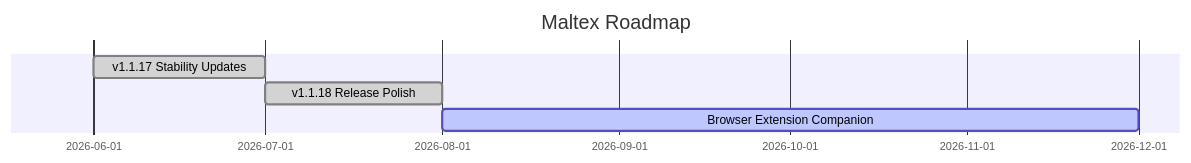
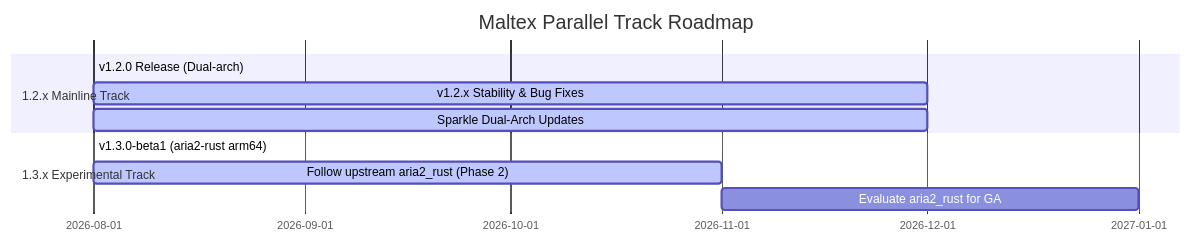
The diagram in brain/roadmap.md (SteveShi/Maltex), drawn with Mermaid before and after one commit. The commit also changed other lines of this file and 6 other files, not shown here.

Commit message:
docs: consolidate project knowledge into Brain, establish dual-track branch strategy, slim AGENTS/CLAUDE to pointers

````diff
--- a/brain/roadmap.md
+++ b/brain/roadmap.md
@@ -10,8 +10,13 @@
 ```mermaid
 gantt
-    title Maltex Roadmap
+    title Maltex Parallel Track Roadmap
     dateFormat YYYY-MM
-    v1.1.17 Stability Updates :done, 2026-06, 2026-07
-    v1.1.18 Release Polish    :done, 2026-07, 2026-08
-    Browser Extension Companion:active, 2026-08, 2026-12
+    section 1.2.x Mainline Track
+    v1.2.0 Release (Dual-arch)          :done, 2026-08, 2026-08
+    v1.2.x Stability & Bug Fixes        :active, 2026-08, 2026-12
+    Sparkle Dual-Arch Updates           :active, 2026-08, 2026-12
+    section 1.3.x Experimental Track
+    v1.3.0-beta1 (aria2-rust arm64)     :done, 2026-08, 2026-08
+    Follow upstream aria2_rust (Phase 2):active, 2026-08, 2026-11
+    Evaluate aria2_rust for GA          :2026-11, 2027-01
 ```
````
